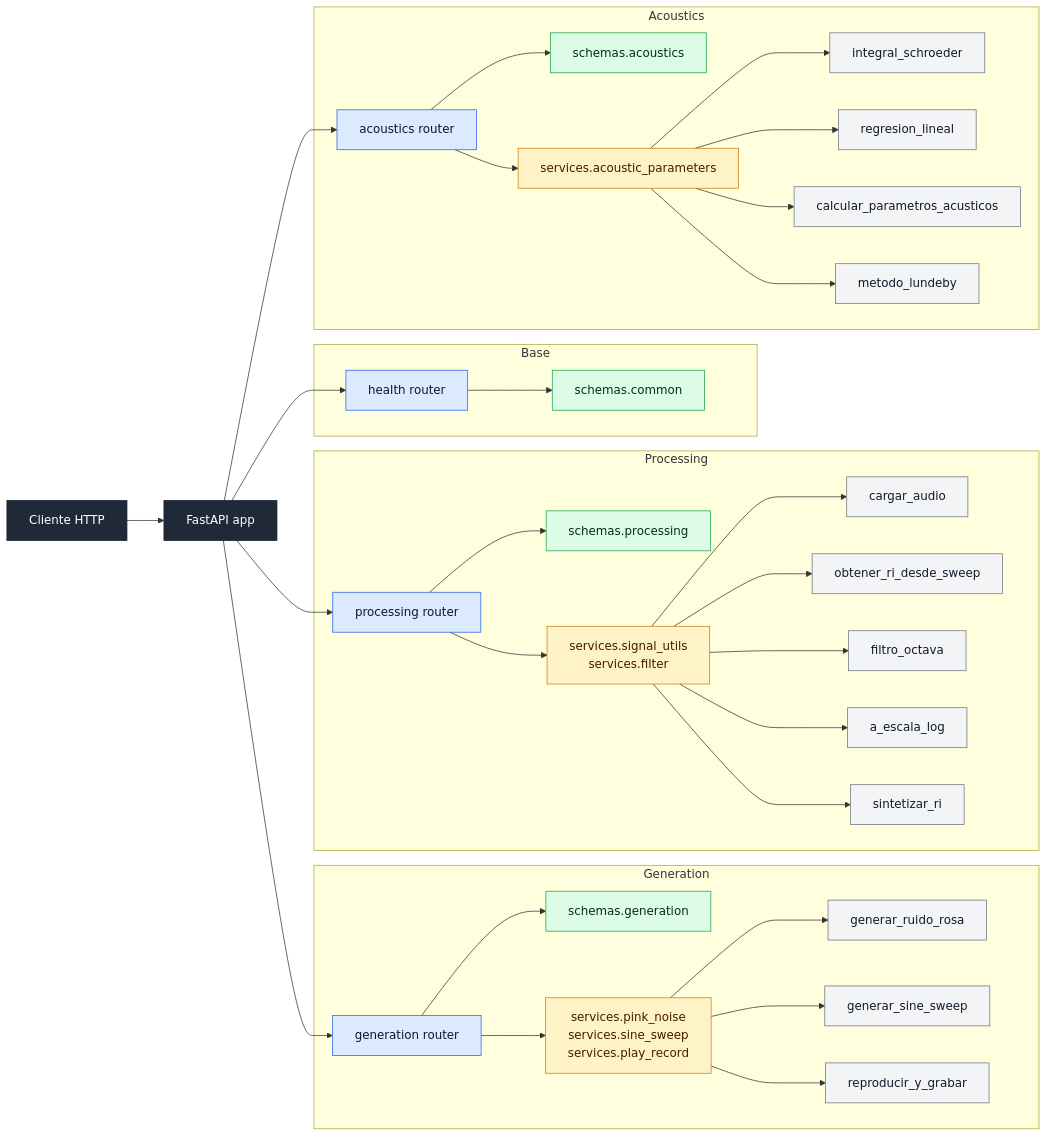
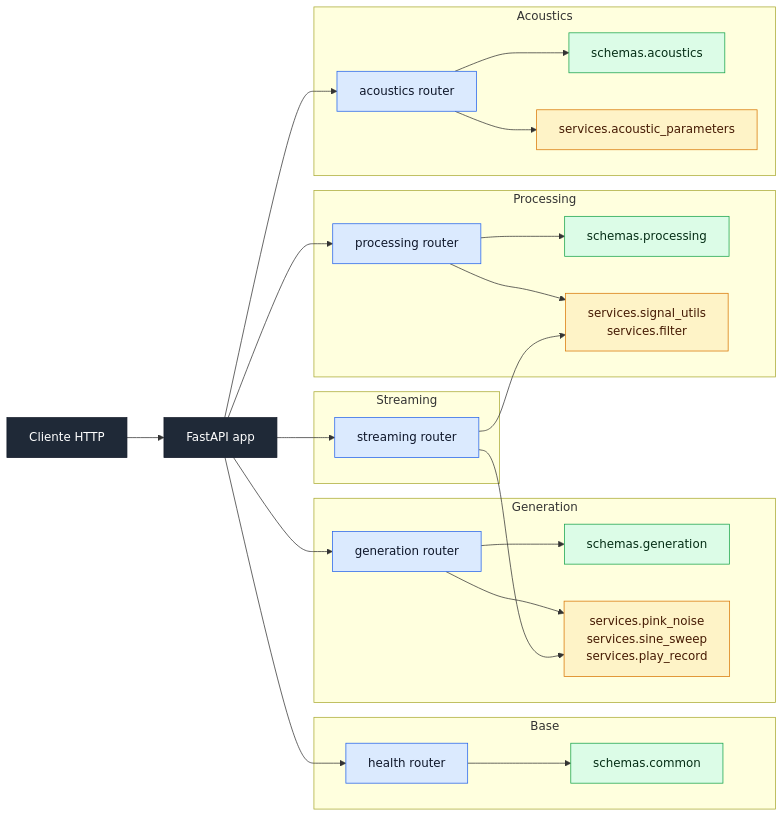
Before and after one commit to nahueRosso/rir-api: the diagram in README.md, drawn with Mermaid. The commit also changed other lines of this file, not shown here.

Commit message:
docs(readme): complete M3 endpoints streaming and milestones

````diff
--- a/README.md
+++ b/README.md
@@ -167,82 +128,59 @@
 ```mermaid
 flowchart LR
     CLIENTE[Cliente HTTP]
     API[FastAPI app]
- 
+
     CLIENTE --> API
- 
+
     subgraph BASE[Base]
         RH[health router]
         SCHC[schemas.common]
         RH --> SCHC
     end
- 
+
     subgraph GEN[Generation]
         RG[generation router]
         SCHG[schemas.generation]
         SG[services.pink_noise<br/>services.sine_sweep<br/>services.play_record]
-        SG[services.pink_noise<br/>services.sine_sweep<br/>services.play_record]
-        G1[generar_ruido_rosa]
-        G2[generar_sine_sweep]
-        G3[reproducir_y_grabar]
- 
         RG --> SCHG
         RG --> SG
-        SG --> G1
-        SG --> G2
-        SG --> G3
     end
- 
+
     subgraph PROC[Processing]
         RP[processing router]
         SCHP[schemas.processing]
         SP[services.signal_utils<br/>services.filter]
-        P1[cargar_audio]
-        P2[obtener_ri_desde_sweep]
-        P3[filtro_octava]
-        P4[a_escala_log]
-        P5[sintetizar_ri]
- 
         RP --> SCHP
         RP --> SP
-        SP --> P1
-        SP --> P2
-        SP --> P3
-        SP --> P4
-        SP --> P5
     end
- 
+
     subgraph AC[Acoustics]
         RA[acoustics router]
         SCHA[schemas.acoustics]
         SA[services.acoustic_parameters]
-        A1[integral_schroeder]
-        A2[regresion_lineal]
-        A3[calcular_parametros_acusticos]
-        A4[metodo_lundeby]
- 
         RA --> SCHA
         RA --> SA
-        SA --> A1
-        SA --> A2
-        SA --> A3
-        SA --> A4
     end
- 
+
+    subgraph STR[Streaming]
+        RS[streaming router]
+        RS --> SG
+        RS --> SP
+    end
+
     API --> RH
     API --> RG
     API --> RP
     API --> RA
- 
+    API --> RS
+
     classDef entry fill:#1f2937,stroke:#111827,color:#ffffff
     classDef router fill:#dbeafe,stroke:#2563eb,color:#0f172a
     classDef schema fill:#dcfce7,stroke:#16a34a,color:#052e16
     classDef service fill:#fef3c7,stroke:#d97706,color:#451a03
-    classDef fn fill:#f3f4f6,stroke:#6b7280,color:#111827
- 
+
     class CLIENTE,API entry
-    class RH,RG,RP,RA router
+    class RH,RG,RP,RA,RS router
     class SCHC,SCHG,SCHP,SCHA schema
     class SG,SP,SA service
-    class G1,G2,G3,P1,P2,P3,P4,P5,A1,A2,A3,A4 fn
 ```
````
